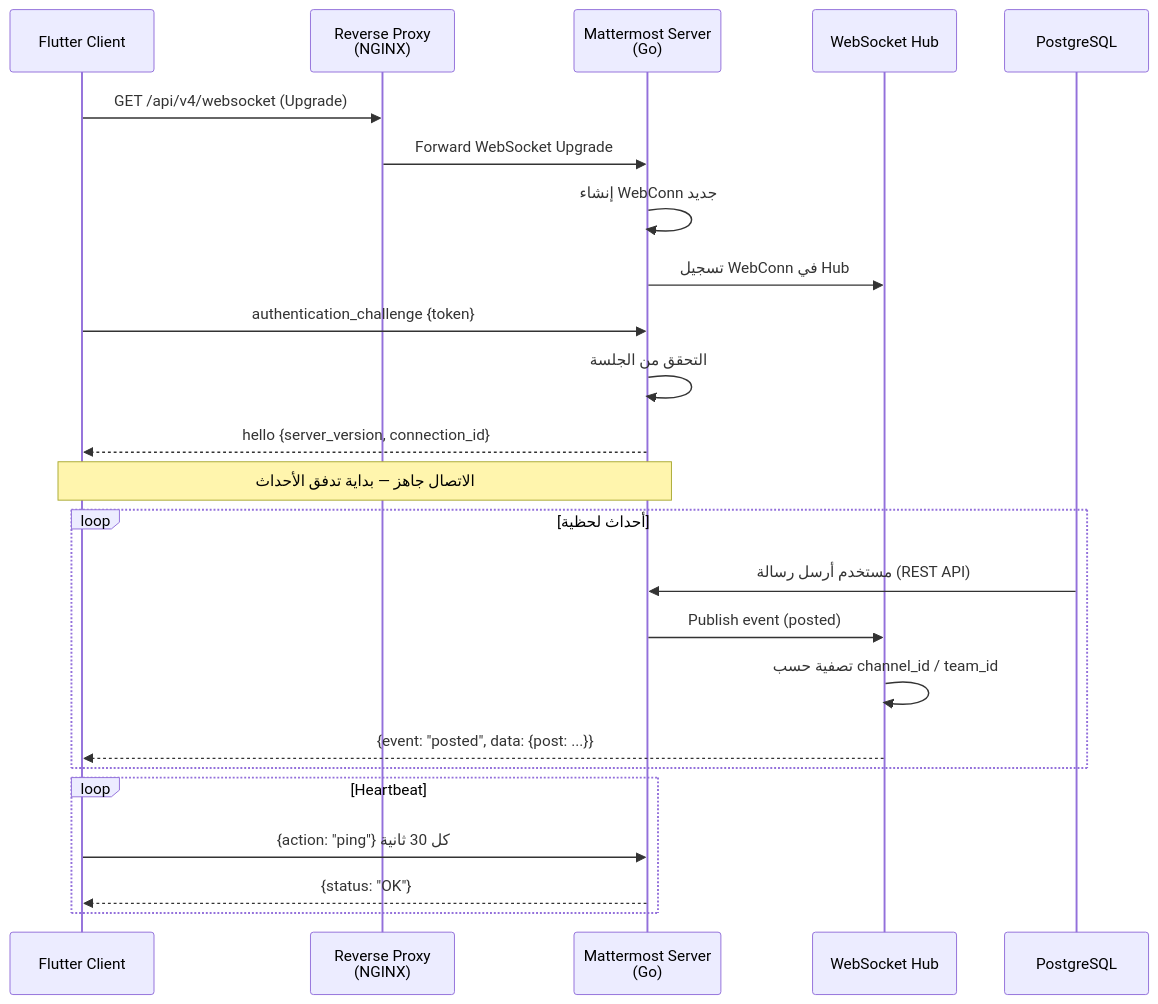
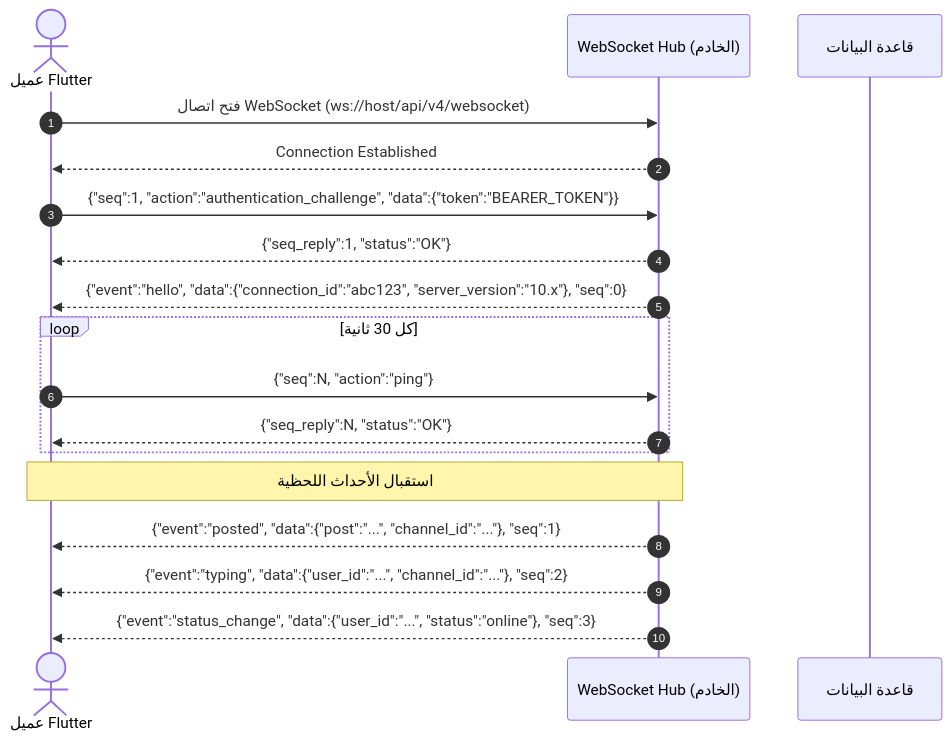
The second of 10 diagrams in docs/mattermost_realtime_analysis.md (osmai4603-collab/flutter_mattermost), drawn with Mermaid before and after one commit. The commit also changed other lines of this file and 13 other files, not shown here.

````diff
--- a/docs/mattermost_realtime_analysis.md
+++ b/docs/mattermost_realtime_analysis.md
@@ -73,30 +86,26 @@
 ```mermaid
 sequenceDiagram
-    participant C as Flutter Client
-    participant P as Reverse Proxy<br/>(NGINX)
-    participant S as Mattermost Server<br/>(Go)
-    participant H as WebSocket Hub
-    participant DB as PostgreSQL
+    autonumber
+    actor Client as عميل Flutter
+    participant WS as WebSocket Hub (الخادم)
+    participant DB as قاعدة البيانات
 
-    C->>P: GET /api/v4/websocket (Upgrade)
-    P->>S: Forward WebSocket Upgrade
-    S->>S: إنشاء WebConn جديد
-    S->>H: تسجيل WebConn في Hub
-    C->>S: authentication_challenge {token}
-    S->>S: التحقق من الجلسة
-    S-->>C: hello {server_version, connection_id}
+    Client->>WS: فتح اتصال WebSocket (ws://host/api/v4/websocket)
+    WS-->>Client: Connection Established
 
-    Note over C,S: الاتصال جاهز — بداية تدفق الأحداث
+    Client->>WS: {"seq":1, "action":"authentication_challenge", "data":{"token":"BEARER_TOKEN"}}
+    WS-->>Client: {"seq_reply":1, "status":"OK"}
 
-    loop أحداث لحظية
-        DB->>S: مستخدم أرسل رسالة (REST API)
-        S->>H: Publish event (posted)
-        H->>H: تصفية حسب channel_id / team_id
-        H-->>C: {event: "posted", data: {post: ...}}
+    WS-->>Client: {"event":"hello", "data":{"connection_id":"abc123", "server_version":"10.x"}, "seq":0}
+
+    loop كل 30 ثانية
+        Client->>WS: {"seq":N, "action":"ping"}
+        WS-->>Client: {"seq_reply":N, "status":"OK"}
     end
 
-    loop Heartbeat
-        C->>S: {action: "ping"} كل 30 ثانية
-        S-->>C: {status: "OK"}
-    end
+    Note over Client,WS: استقبال الأحداث اللحظية
+
+    WS-->>Client: {"event":"posted", "data":{"post":"...", "channel_id":"..."}, "seq":1}
+    WS-->>Client: {"event":"typing", "data":{"user_id":"...", "channel_id":"..."}, "seq":2}
+    WS-->>Client: {"event":"status_change", "data":{"user_id":"...", "status":"online"}, "seq":3}
 ```
````
